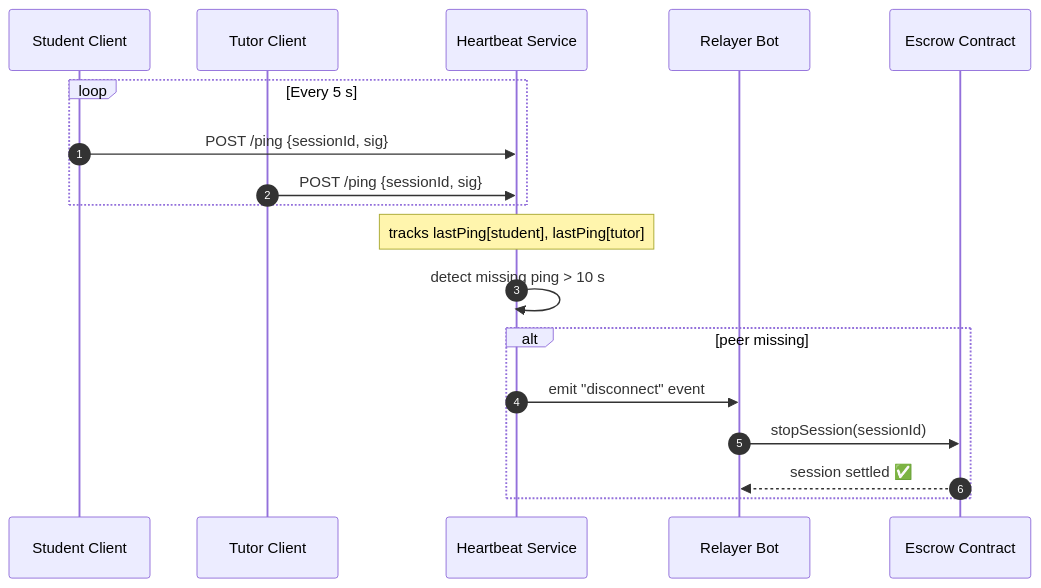
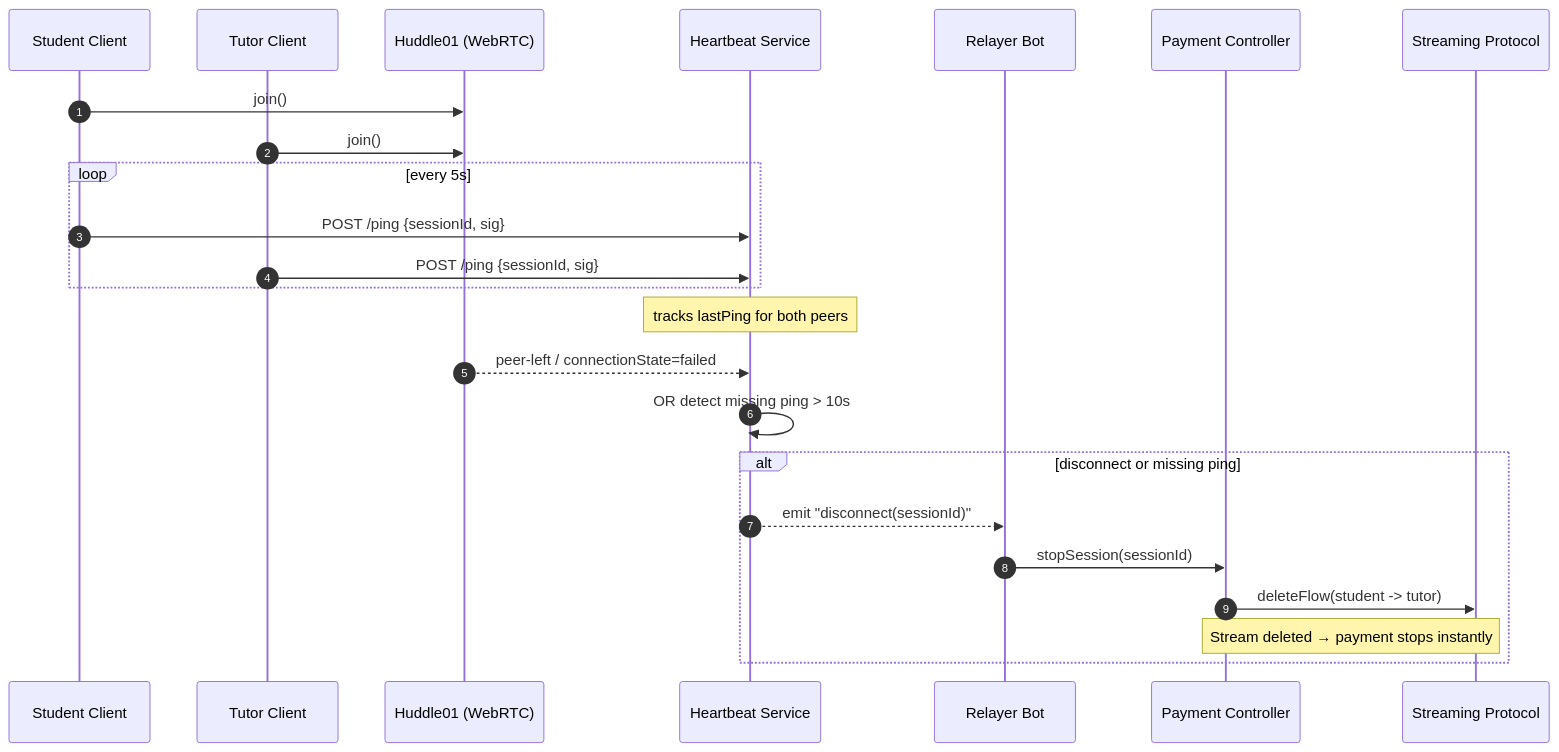
The third of 7 diagrams in docs/tech/architecture.md (aenhsaihan/langdao-ethonline2025), drawn with Mermaid before and after one commit. The commit also changed other lines of this file, not shown here.

Commit message:
doc: update heartbeat component

````diff
--- a/docs/tech/architecture.md
+++ b/docs/tech/architecture.md
@@ -113,23 +113,34 @@
 ```mermaid
 sequenceDiagram
   autonumber
-  participant StudentClient as Student Client
-  participant TutorClient as Tutor Client
-  participant HeartbeatAPI as Heartbeat Service
+  participant Student as Student Client
+  participant Tutor as Tutor Client
+  participant Huddle as Huddle01 (WebRTC)
+  participant Heartbeat as Heartbeat Service
   participant Relayer as Relayer Bot
-  participant Escrow as Escrow Contract
+  participant Controller as Payment Controller
+  participant Stream as Streaming Protocol
 
-  loop Every 5 s
-    StudentClient->>HeartbeatAPI: POST /ping {sessionId, sig}
-    TutorClient->>HeartbeatAPI: POST /ping {sessionId, sig}
+  %% Start of call (elsewhere: Matchmaker + Controller.startSession)
+  Student->>Huddle: join()
+  Tutor->>Huddle: join()
+
+  %% Periodic liveness pings
+  loop every 5s
+    Student->>Heartbeat: POST /ping {sessionId, sig}
+    Tutor->>Heartbeat: POST /ping {sessionId, sig}
   end
 
-  Note over HeartbeatAPI: tracks lastPing[student], lastPing[tutor]
+  Note over Heartbeat: tracks lastPing for both peers
 
-  HeartbeatAPI->>HeartbeatAPI: detect missing ping > 10 s
-  alt peer missing
-    HeartbeatAPI->>Relayer: emit "disconnect" event
-    Relayer->>Escrow: stopSession(sessionId)
-    Escrow-->>Relayer: session settled ✅
+  %% Disconnect from Huddle or missing pings
+  Huddle-->>Heartbeat: peer-left / connectionState=failed
+  Heartbeat->>Heartbeat: OR detect missing ping > 10s
+
+  alt disconnect or missing ping
+    Heartbeat-->>Relayer: emit "disconnect(sessionId)"
+    Relayer->>Controller: stopSession(sessionId)
+    Controller->>Stream: deleteFlow(student -> tutor)
+    Note over Controller,Stream: Stream deleted → payment stops instantly
   end
 ```
````
